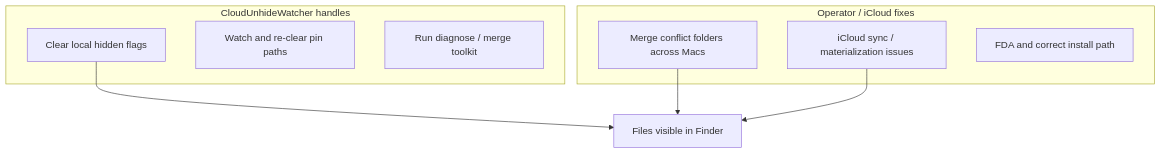
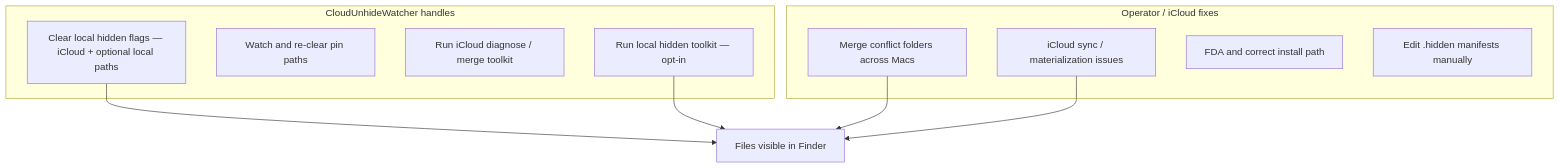
The seventh of 10 diagrams in docs/process-flows.md (roto31/Resurrect), drawn with Mermaid before and after one commit. The commit also changed other lines of this file and 9 other files, not shown here.

Commit message:
docs: local hidden file assist guides and flow diagrams (v1.3.0).

````diff
--- a/docs/process-flows.md
+++ b/docs/process-flows.md
@@ -132,16 +132,19 @@
 ```mermaid
 flowchart TB
   subgraph app [CloudUnhideWatcher handles]
-    H[Clear local hidden flags]
+    H[Clear local hidden flags — iCloud + optional local paths]
     W[Watch and re-clear pin paths]
-    T[Run diagnose / merge toolkit]
+    T[Run iCloud diagnose / merge toolkit]
+    L[Run local hidden toolkit — opt-in]
   end
   subgraph user [Operator / iCloud fixes]
     M[Merge conflict folders across Macs]
     I[iCloud sync / materialization issues]
     F[FDA and correct install path]
+    LH[Edit .hidden manifests manually]
   end
   H --> Visible[Files visible in Finder]
+  L --> Visible
   M --> Visible
   I --> Visible
 ```
````
